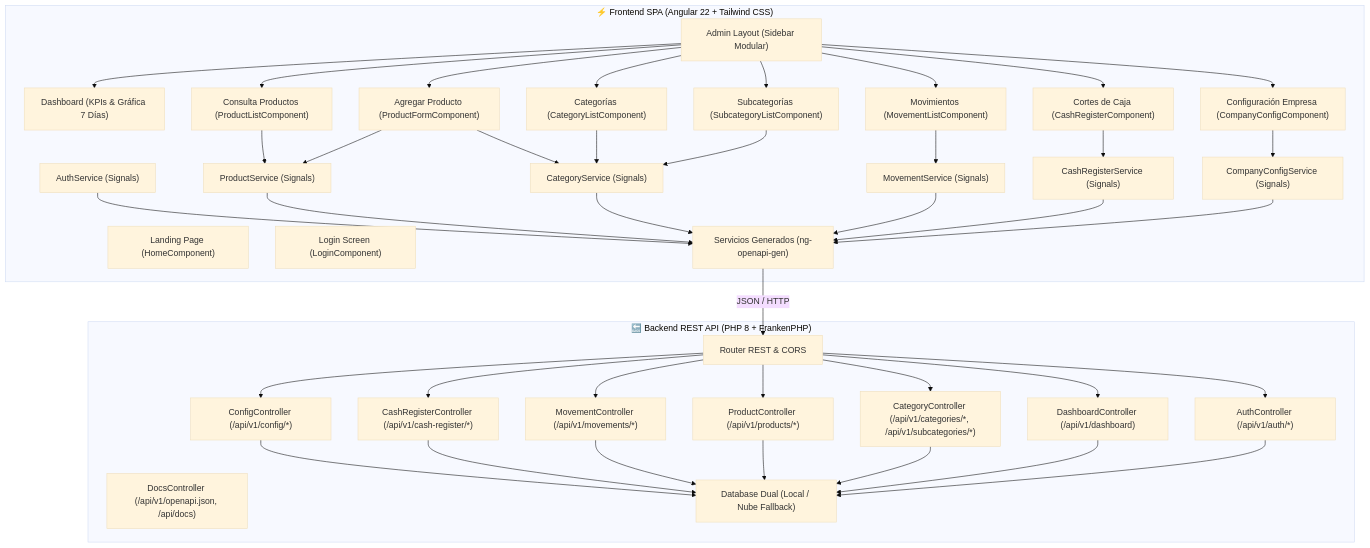
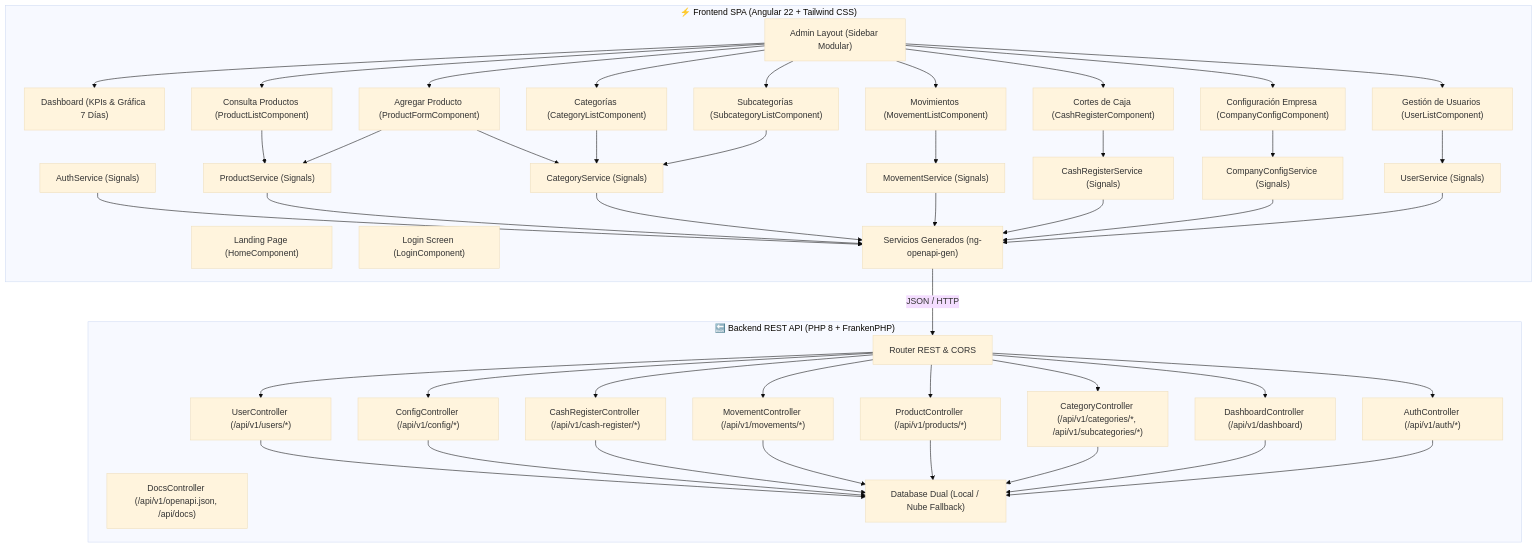
One commit to Paulob0t/PauloBotStore changed the diagram in README.md. Above: the diagram before and after it, drawn with Mermaid (base theme). The commit also changed other lines of this file and 20 other files, not shown here.

First line of the commit message:
feat(users): migrar modulo de Agregar / Gestion de Usuarios a Angular SPA y REST API

````diff
--- a/README.md
+++ b/README.md
@@ -16,74 +16,82 @@
 ```mermaid
 graph TD
     subgraph Frontend_SPA ["⚡ Frontend SPA (Angular 22 + Tailwind CSS)"]
         Landing["Landing Page (HomeComponent)"]
         Login["Login Screen (LoginComponent)"]
         AdminShell["Admin Layout (Sidebar Modular)"]
         Dashboard["Dashboard (KPIs & Gráfica 7 Días)"]
         ProductsList["Consulta Productos (ProductListComponent)"]
         ProductsForm["Agregar Producto (ProductFormComponent)"]
         CategoriesList["Categorías (CategoryListComponent)"]
         SubcategoriesList["Subcategorías (SubcategoryListComponent)"]
         MovementsList["Movimientos (MovementListComponent)"]
         CashRegister["Cortes de Caja (CashRegisterComponent)"]
         CompanyConfig["Configuración Empresa (CompanyConfigComponent)"]
+        UserList["Gestión de Usuarios (UserListComponent)"]
         AuthSvc["AuthService (Signals)"]
         ProdSvc["ProductService (Signals)"]
         CatSvc["CategoryService (Signals)"]
         MoveSvc["MovementService (Signals)"]
         CashSvc["CashRegisterService (Signals)"]
         ConfigSvc["CompanyConfigService (Signals)"]
+        UserSvc["UserService (Signals)"]
         OpenApiGen["Servicios Generados (ng-openapi-gen)"]
     end
 
     subgraph Backend_REST ["🔙 Backend REST API (PHP 8 + FrankenPHP)"]
         Router["Router REST & CORS"]
         AuthController["AuthController (/api/v1/auth/*)"]
         DashboardController["DashboardController (/api/v1/dashboard)"]
         ProductController["ProductController (/api/v1/products/*)"]
         CategoryController["CategoryController (/api/v1/categories/*, /api/v1/subcategories/*)"]
         MovementController["MovementController (/api/v1/movements/*)"]
         CashRegisterController["CashRegisterController (/api/v1/cash-register/*)"]
         ConfigController["ConfigController (/api/v1/config/*)"]
+        UserController["UserController (/api/v1/users/*)"]
         DocsController["DocsController (/api/v1/openapi.json, /api/docs)"]
         Database["Database Dual (Local / Nube Fallback)"]
     end
 
     AdminShell --> Dashboard
     AdminShell --> ProductsList
     AdminShell --> ProductsForm
     AdminShell --> CategoriesList
     AdminShell --> SubcategoriesList
     AdminShell --> MovementsList
     AdminShell --> CashRegister
     AdminShell --> CompanyConfig
+    AdminShell --> UserList
+    UserList --> UserSvc
     CompanyConfig --> ConfigSvc
     CashRegister --> CashSvc
     MovementsList --> MoveSvc
     ProductsList --> ProdSvc
     ProductsForm --> ProdSvc
     ProductsForm --> CatSvc
     CategoriesList --> CatSvc
     SubcategoriesList --> CatSvc
     AuthSvc --> OpenApiGen
     ProdSvc --> OpenApiGen
     CatSvc --> OpenApiGen
     MoveSvc --> OpenApiGen
     CashSvc --> OpenApiGen
     ConfigSvc --> OpenApiGen
+    UserSvc --> OpenApiGen
     OpenApiGen -->|JSON / HTTP| Router
     Router --> AuthController
     Router --> DashboardController
     Router --> ProductController
     Router --> CategoryController
     Router --> MovementController
     Router --> CashRegisterController
     Router --> ConfigController
+    Router --> UserController
+    UserController --> Database
     ConfigController --> Database
     CashRegisterController --> Database
     MovementController --> Database
     ProductController --> Database
     CategoryController --> Database
     DashboardController --> Database
     AuthController --> Database
 ```
````
